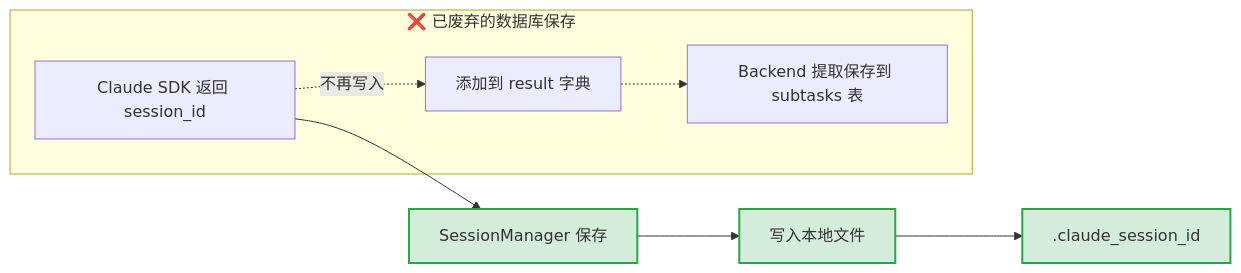
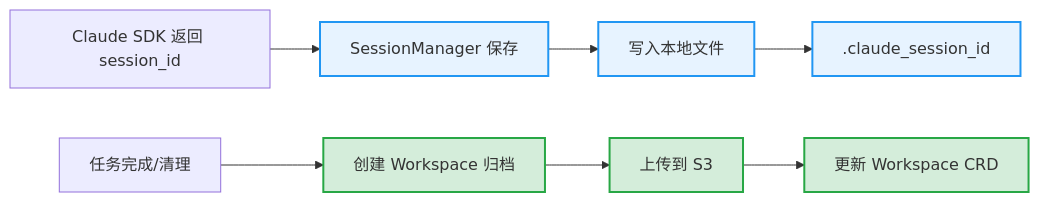
Before and after one commit to wecode-ai/Wegent: the eighth of 9 diagrams in docs/zh/features/task-restore.md, drawn with Mermaid. The commit also changed other lines of this file and 1 other file, not shown here.

````diff
--- a/docs/zh/features/task-restore.md
+++ b/docs/zh/features/task-restore.md
@@ -251,14 +403,13 @@
 ```mermaid
 flowchart LR
-    A[Claude SDK 返回 session_id] --> B[SessionManager 保存]:::current
-    B --> C[写入本地文件]:::current
-    C --> D[.claude_session_id]:::current
+    A[Claude SDK 返回 session_id] --> B[SessionManager 保存]:::existing
+    B --> C[写入本地文件]:::existing
+    C --> D[.claude_session_id]:::existing
 
-    subgraph 已废弃["❌ 已废弃的数据库保存"]
-        A -.->|不再写入| B2[添加到 result 字典]
-        B2 -.-> C2[Backend 提取保存到 subtasks 表]
-    end
+    E[任务完成/清理] --> F[创建 Workspace 归档]:::new
+    F --> G[上传到 S3]:::new
+    G --> H[更新 Workspace CRD]:::new
 
-    classDef current fill:#d4edda,stroke:#28a745,stroke-width:2px
-    classDef deprecated fill:#f8d7da,stroke:#dc3545,stroke-width:2px,stroke-dasharray: 5 5
+    classDef existing fill:#e7f3ff,stroke:#2196f3,stroke-width:2px
+    classDef new fill:#d4edda,stroke:#28a745,stroke-width:2px
 ```
````
